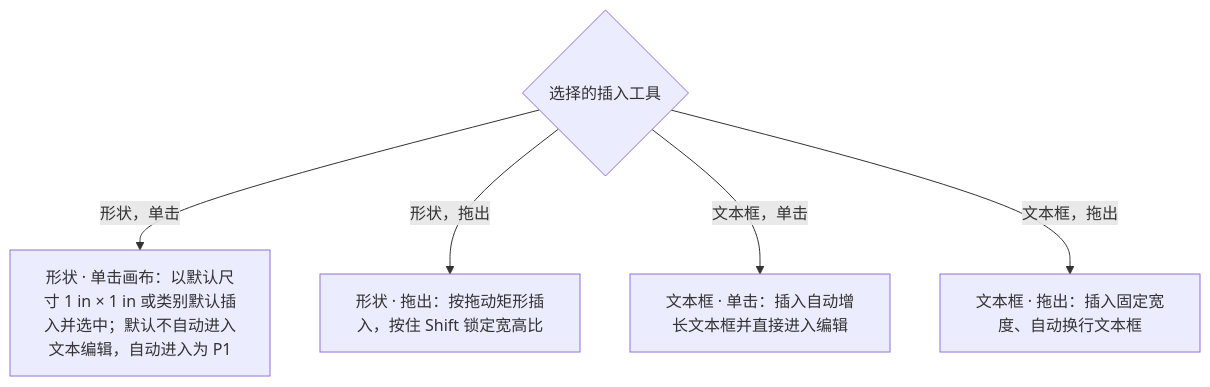
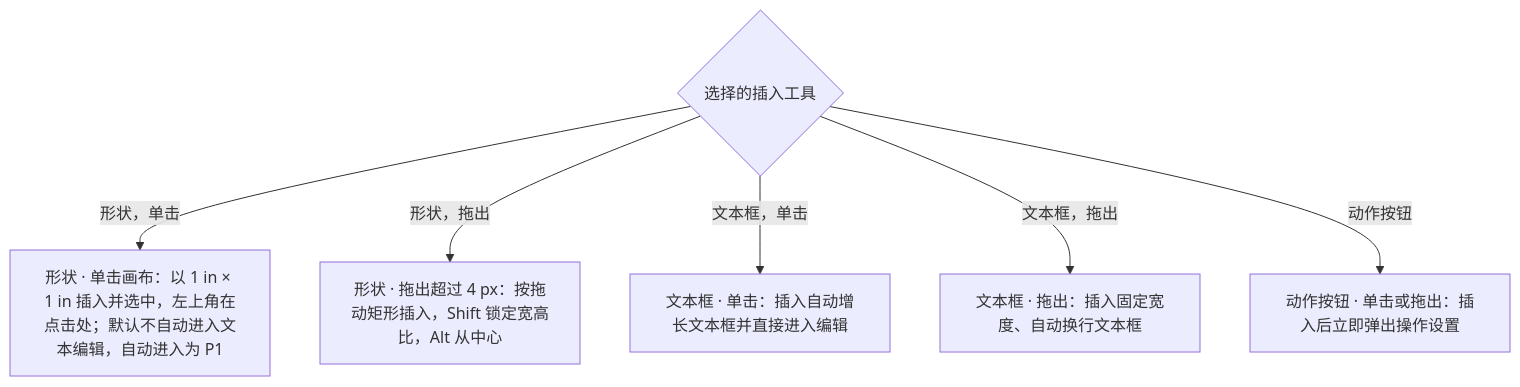
One commit to Xeonice/cordis-ppt-editor changed the second of 2 diagrams in docs/20-design/03-screens/15-insert-menu-and-shape-library.md. Above: the diagram before and after it, drawn with Mermaid. The commit also changed other lines of this file and 22 other files, not shown here.

````diff
--- a/docs/20-design/03-screens/15-insert-menu-and-shape-library.md
+++ b/docs/20-design/03-screens/15-insert-menu-and-shape-library.md
@@ -58,12 +156,14 @@
 ```mermaid
 flowchart TB
   tool{"选择的插入工具"}
-  sClick["形状 · 单击画布：以默认尺寸 1 in × 1 in 或类别默认插入并选中；默认不自动进入文本编辑，自动进入为 P1"]
-  sDrag["形状 · 拖出：按拖动矩形插入，按住 Shift 锁定宽高比"]
+  sClick["形状 · 单击画布：以 1 in × 1 in 插入并选中，左上角在点击处；默认不自动进入文本编辑，自动进入为 P1"]
+  sDrag["形状 · 拖出超过 4 px：按拖动矩形插入，Shift 锁定宽高比，Alt 从中心"]
   tClick["文本框 · 单击：插入自动增长文本框并直接进入编辑"]
   tDrag["文本框 · 拖出：插入固定宽度、自动换行文本框"]
+  aBtn["动作按钮 · 单击或拖出：插入后立即弹出操作设置"]
   tool -->|"形状，单击"| sClick
   tool -->|"形状，拖出"| sDrag
   tool -->|"文本框，单击"| tClick
   tool -->|"文本框，拖出"| tDrag
+  tool -->|"动作按钮"| aBtn
 ```
````
